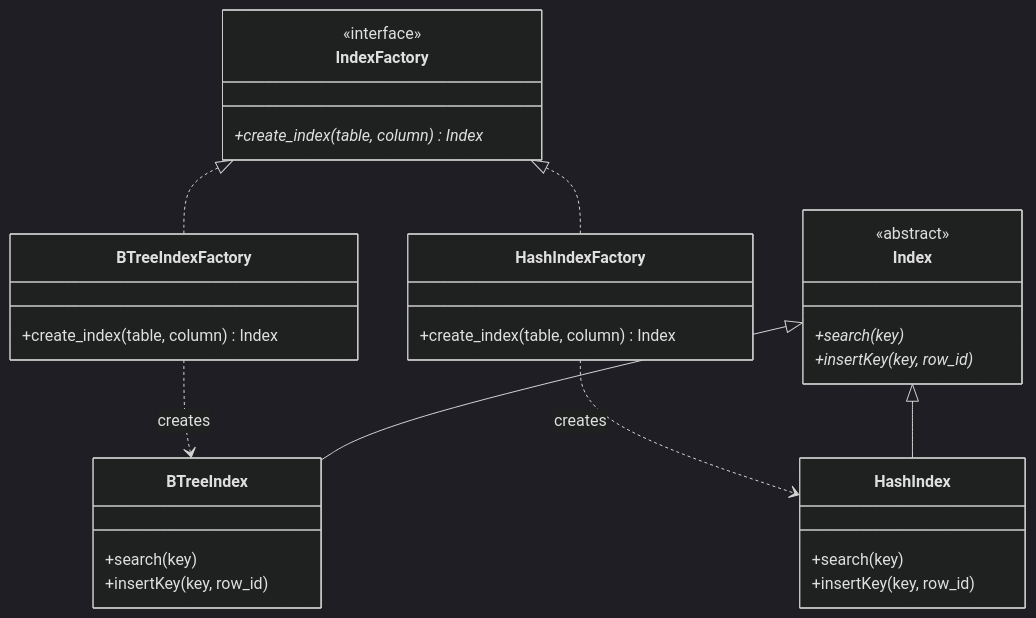
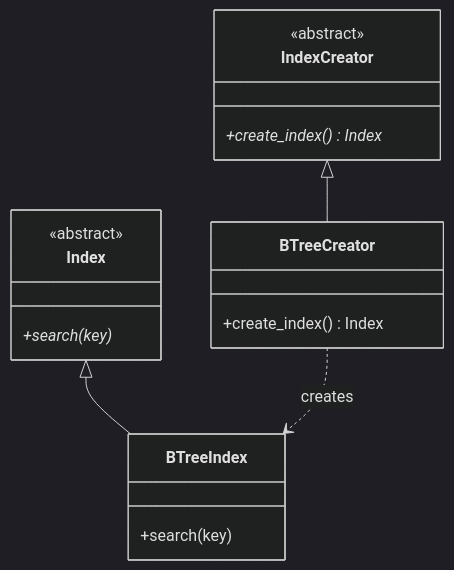
One commit to TamBui1706/DBMS changed the third of 20 diagrams in DPSuggest.md. Above: the diagram before and after it, drawn with Mermaid (dark theme). The commit also changed other lines of this file, not shown here.

Commit message:
table Design Patterns

````diff
--- a/DPSuggest.md
+++ b/DPSuggest.md
@@ -181,38 +132,20 @@
 ```mermaid
 classDiagram
-    class IndexFactory {
-        <<interface>>
-        +create_index(table, column)* Index
-    }
-    
-    class BTreeIndexFactory {
-        +create_index(table, column) Index
-    }
-    
-    class HashIndexFactory {
-        +create_index(table, column) Index
-    }
-    
     class Index {
         <<abstract>>
         +search(key)*
-        +insertKey(key, row_id)*
     }
-    
     class BTreeIndex {
         +search(key)
-        +insertKey(key, row_id)
     }
-    
-    class HashIndex {
-        +search(key)
-        +insertKey(key, row_id)
+    class IndexCreator {
+        <<abstract>>
+        +create_index()* Index
     }
-
-    IndexFactory <|.. BTreeIndexFactory
-    IndexFactory <|.. HashIndexFactory
-    BTreeIndexFactory ..> BTreeIndex : creates
-    HashIndexFactory ..> HashIndex : creates
+    class BTreeCreator {
+        +create_index() Index
+    }
     Index <|-- BTreeIndex
-    Index <|-- HashIndex
+    IndexCreator <|-- BTreeCreator
+    BTreeCreator ..> BTreeIndex : creates
 ```
````
